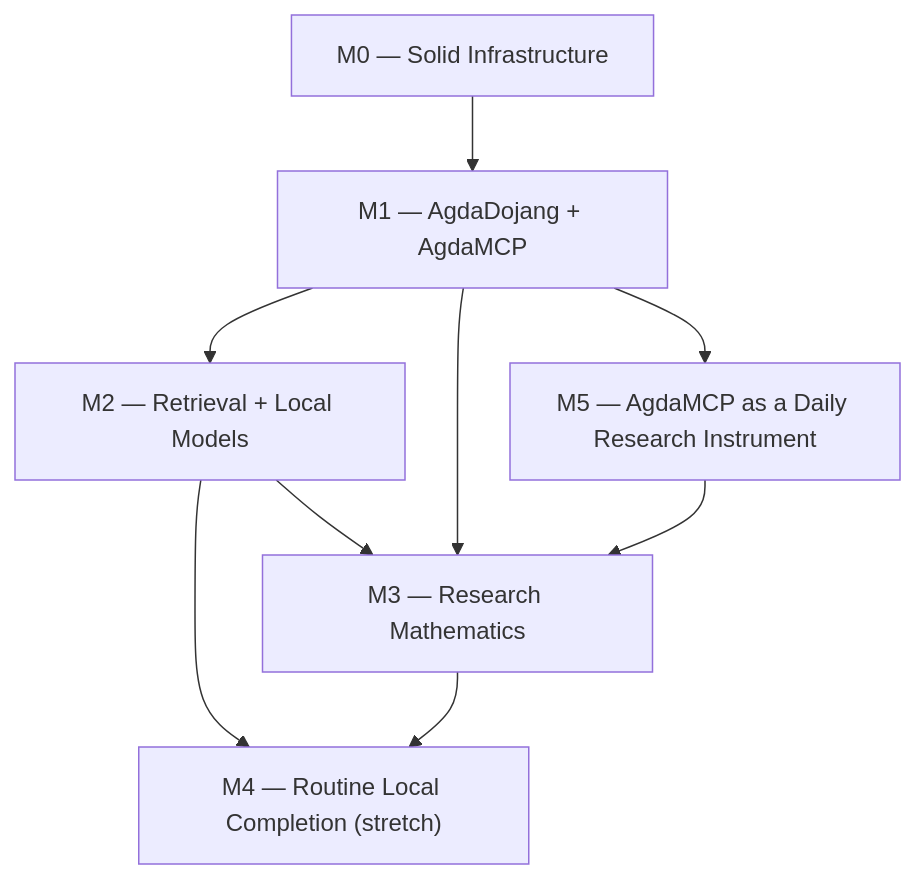
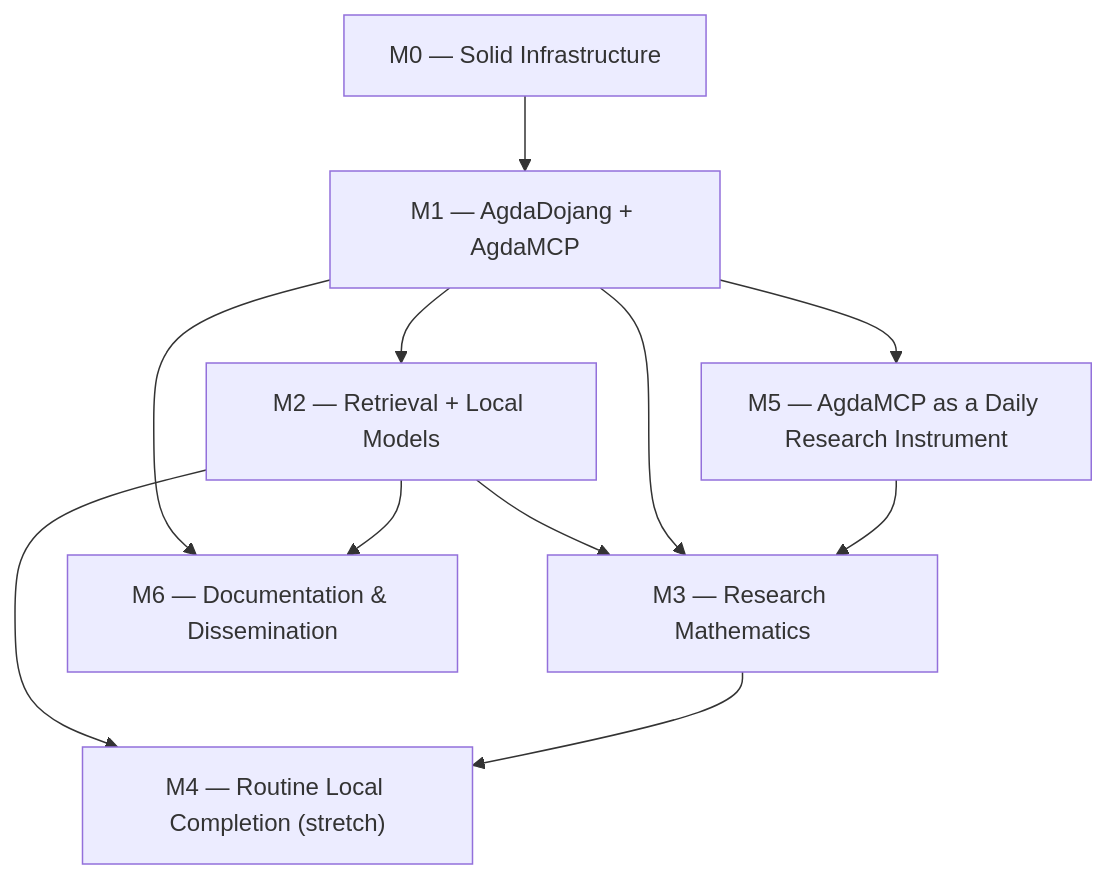
One commit to formalverification/agda-native-air changed the diagram in docs/GITHUB_PROJECT.md. Above: the diagram before and after it, drawn with Mermaid. The commit also changed other lines of this file, not shown here.

````diff
--- a/docs/GITHUB_PROJECT.md
+++ b/docs/GITHUB_PROJECT.md
@@ -145,17 +161,20 @@
 ```mermaid
 graph TD
   M0["M0 — Solid Infrastructure"]
   M1["M1 — AgdaDojang + AgdaMCP"]
   M2["M2 — Retrieval + Local Models"]
   M3["M3 — Research Mathematics"]
   M4["M4 — Routine Local Completion (stretch)"]
   M5["M5 — AgdaMCP as a Daily Research Instrument"]
+  M6["M6 — Documentation & Dissemination"]
   M0 --> M1
   M1 --> M2
   M2 --> M3
   M1 --> M3
   M2 --> M4
   M3 --> M4
   M1 --> M5
   M5 --> M3
+  M1 --> M6
+  M2 --> M6
 ```
````
